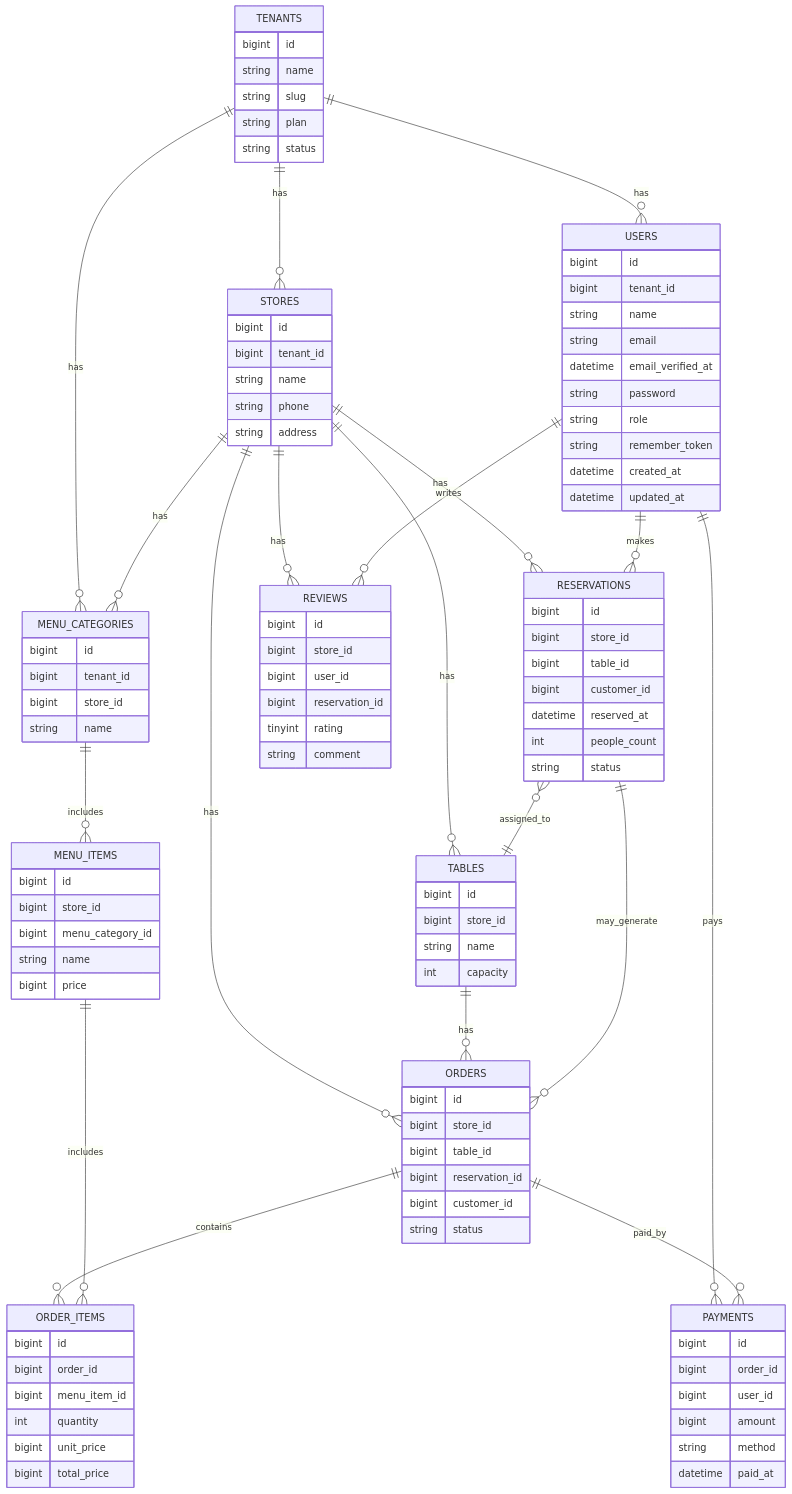
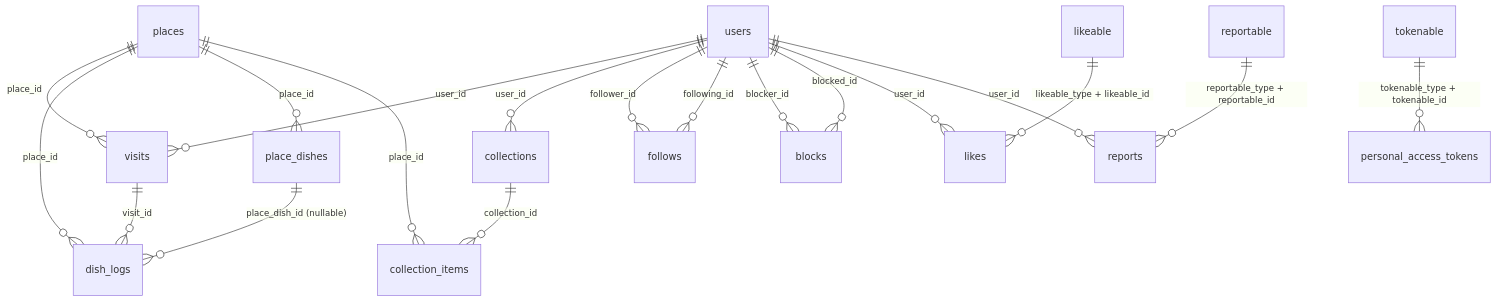
One commit to bam515/platemap changed the diagram in docs/erd.md. Above: the diagram before and after it, drawn with Mermaid. The commit also changed other lines of this file and 1 other file, not shown here.

Commit message:
refactor: ERD 재작성

````diff
--- a/docs/erd.md
+++ b/docs/erd.md
@@ -1,125 +26,24 @@
 ```mermaid
 erDiagram
-  TENANTS ||--o{ STORES : has
-  TENANTS ||--o{ USERS : has
-  TENANTS ||--o{ MENU_CATEGORIES : has
+    users ||--o{ visits : "user_id"
+    places ||--o{ visits : "place_id"
+    visits ||--o{ dish_logs : "visit_id"
+    places ||--o{ dish_logs : "place_id"
+    places ||--o{ place_dishes : "place_id"
+    place_dishes ||--o{ dish_logs : "place_dish_id (nullable)"
+    users ||--o{ collections : "user_id"
+    collections ||--o{ collection_items : "collection_id"
+    places ||--o{ collection_items : "place_id"
 
-  STORES ||--o{ TABLES : has
-  STORES ||--o{ RESERVATIONS : has
-  STORES ||--o{ ORDERS : has
-  STORES ||--o{ REVIEWS : has
-  STORES ||--o{ MENU_CATEGORIES : has
-  
-  TABLES ||--o{ ORDERS : has
+    users ||--o{ follows : "follower_id"
+    users ||--o{ follows : "following_id"
+    users ||--o{ blocks : "blocker_id"
+    users ||--o{ blocks : "blocked_id"
 
-  USERS ||--o{ RESERVATIONS : makes
-  USERS ||--o{ REVIEWS : writes
-  USERS ||--o{ PAYMENTS : pays
+    users ||--o{ likes : "user_id"
+    users ||--o{ reports : "user_id"
 
-  RESERVATIONS ||--o{ ORDERS : may_generate
-  RESERVATIONS }o--|| TABLES : assigned_to
-
-  ORDERS ||--o{ ORDER_ITEMS : contains
-  ORDERS ||--o{ PAYMENTS : paid_by
-
-  MENU_CATEGORIES ||--o{ MENU_ITEMS : includes
-  
-  MENU_ITEMS ||--o{ ORDER_ITEMS : includes
-
-  TENANTS {
-    bigint id
-    string name
-    string slug
-    string plan
-    string status
-  }
-
-  USERS {
-    bigint id
-    bigint tenant_id
-    string name
-    string email
-    datetime email_verified_at
-    string password
-    string role
-    string remember_token
-    datetime created_at
-    datetime updated_at
-  }
-
-  STORES {
-    bigint id
-    bigint tenant_id
-    string name
-    string phone
-    string address
-  }
-
-  TABLES {
-    bigint id
-    bigint store_id
-    string name
-    int capacity
-  }
-
-  MENU_CATEGORIES {
-    bigint id
-    bigint tenant_id
-    bigint store_id
-    string name
-  }
-
-  MENU_ITEMS {
-    bigint id
-    bigint store_id
-    bigint menu_category_id
-    string name
-    bigint price
-  }
-
-  RESERVATIONS {
-    bigint id
-    bigint store_id
-    bigint table_id
-    bigint customer_id
-    datetime reserved_at
-    int people_count
-    string status
-  }
-
-  ORDERS {
-    bigint id
-    bigint store_id
-    bigint table_id
-    bigint reservation_id
-    bigint customer_id
-    string status
-  }
-
-  ORDER_ITEMS {
-    bigint id
-    bigint order_id
-    bigint menu_item_id
-    int quantity
-    bigint unit_price
-    bigint total_price
-  }
-
-  PAYMENTS {
-    bigint id
-    bigint order_id
-    bigint user_id
-    bigint amount
-    string method
-    datetime paid_at
-  }
-
-  REVIEWS {
-    bigint id
-    bigint store_id
-    bigint user_id
-    bigint reservation_id
-    tinyint rating
-    string comment
-  }
+    likeable ||--o{ likes : "likeable_type + likeable_id"
+    reportable ||--o{ reports : "reportable_type + reportable_id"
+    tokenable ||--o{ personal_access_tokens : "tokenable_type + tokenable_id"
 ```
````
